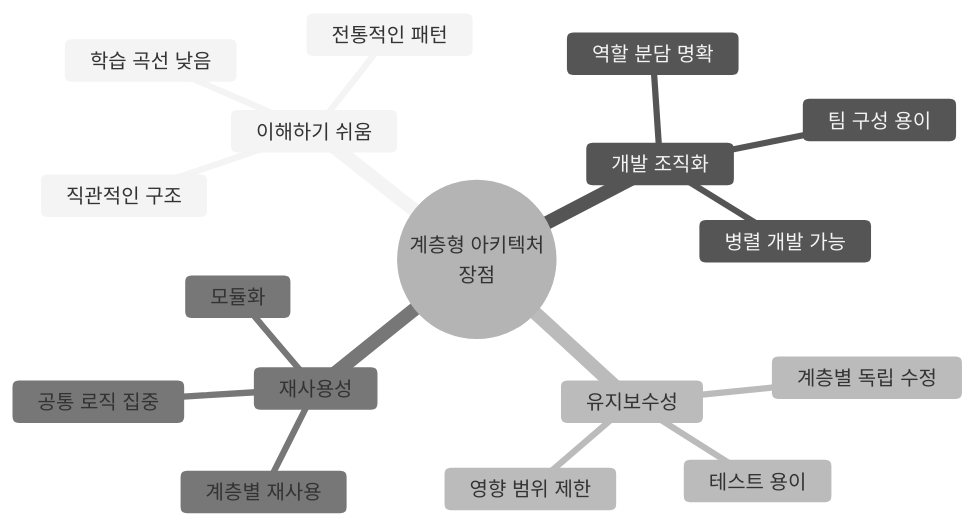
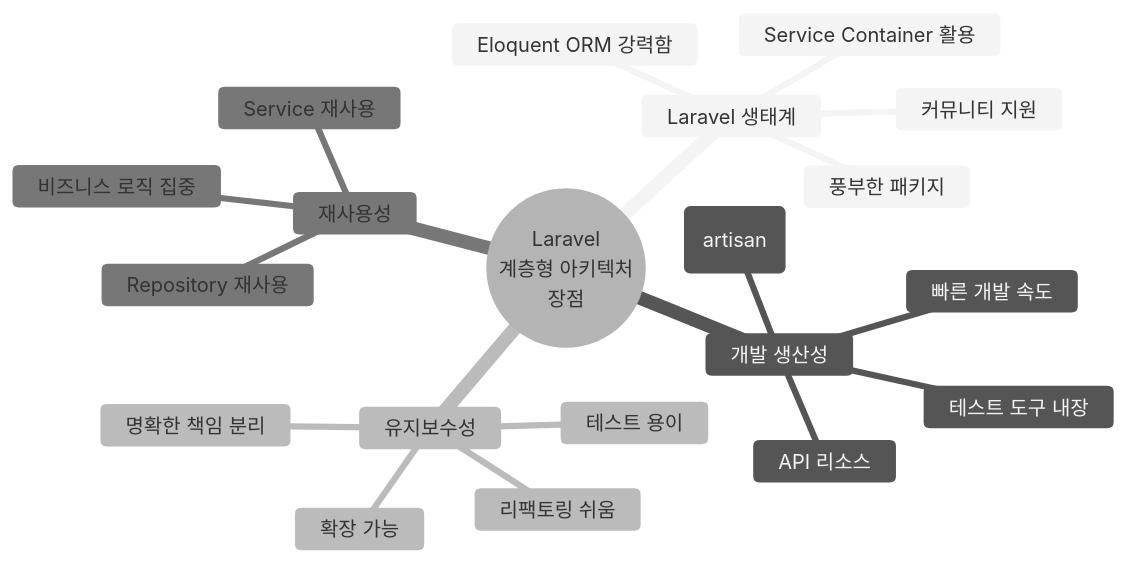
One commit to shaul1991/study-architecture changed diagram 16 of 22 in architecture/layered/README.md. Above: the diagram before and after it, drawn with Mermaid (neutral theme). The commit also changed other lines of this file and 1 other file, not shown here.

First line of the commit message:
refactor: 레이어드 아키텍처 문서를 Laravel 기준으로 수정

````diff
--- a/architecture/layered/README.md
+++ b/architecture/layered/README.md
@@ -799,20 +1054,23 @@
 ```mermaid
 mindmap
-  root((계층형 아키텍처<br/>장점))
-    이해하기 쉬움
-      직관적인 구조
-      전통적인 패턴
-      학습 곡선 낮음
-    개발 조직화
-      역할 분담 명확
-      병렬 개발 가능
-      팀 구성 용이
+  root((Laravel<br/>계층형 아키텍처<br/>장점))
+    Laravel 생태계
+      Service Container 활용
+      Eloquent ORM 강력함
+      풍부한 패키지
+      커뮤니티 지원
+    개발 생산성
+      빠른 개발 속도
+      코드 생성기 (artisan)
+      테스트 도구 내장
+      API 리소스
     유지보수성
-      계층별 독립 수정
-      영향 범위 제한
+      명확한 책임 분리
       테스트 용이
+      확장 가능
+      리팩토링 쉬움
     재사용성
-      계층별 재사용
-      공통 로직 집중
-      모듈화
+      Service 재사용
+      Repository 재사용
+      비즈니스 로직 집중
 ```
````
